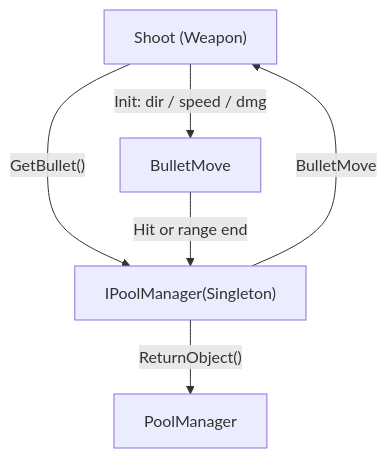
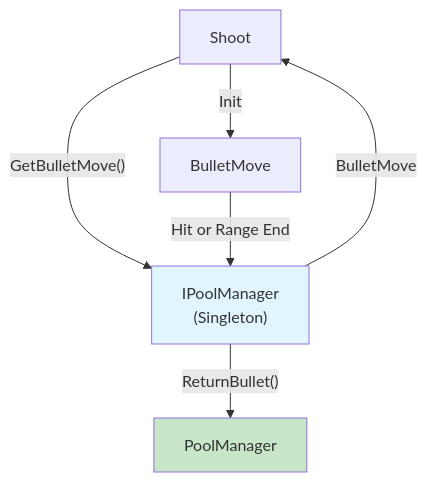
The fourth of 6 diagrams in README.md (Merkatte/2D_Topdown_Shoot_UnityProject), drawn with Mermaid before and after one commit. The commit also changed other lines of this file, not shown here.

````diff
--- a/README.md
+++ b/README.md
@@ -379,9 +382,12 @@
 ```mermaid
 flowchart TD
-    Shoot["Shoot (Weapon)"] -->|"GetBullet()"| IPool["IPoolManager(Singleton)"]
+    Shoot["Shoot"] -->|"GetBulletMove()"| IPool["IPoolManager<br/>(Singleton)"]
     IPool -->|"BulletMove"| Shoot
-
-    Shoot -->|"Init: dir / speed / dmg"| BulletMove
-    BulletMove -->|"Hit or range end"| IPool
-    IPool -->|"ReturnObject()"| Pool["PoolManager"]
+    
+    Shoot -->|"Init"| BulletMove["BulletMove"]
+    BulletMove -->|"Hit or Range End"| IPool
+    IPool -->|"ReturnBullet()"| Pool["PoolManager"]
+    
+    style IPool fill:#e1f5fe
+    style Pool fill:#c8e6c9
 ```
````
